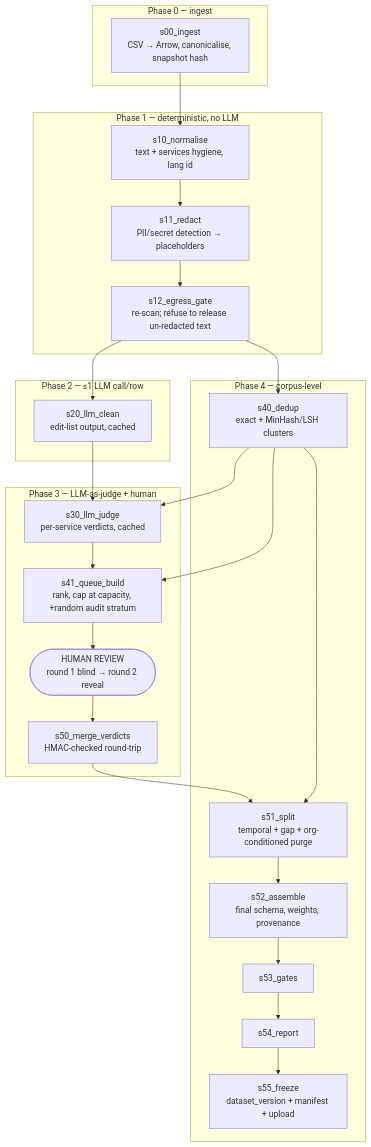
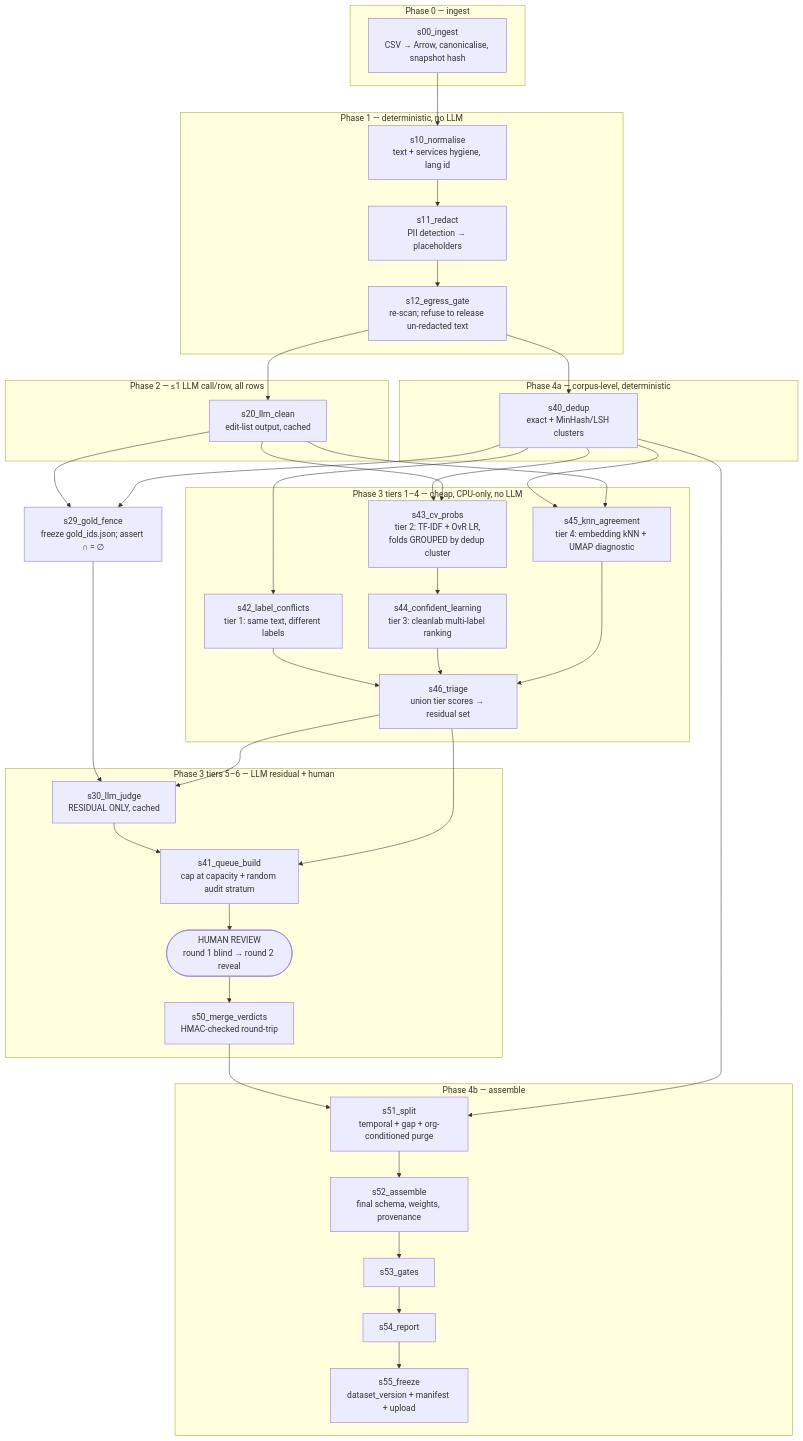
One commit to vovcyan/bert-poc changed the first of 2 diagrams in docs/specs/dataset-pipeline-architecture.md. Above: the diagram before and after it, drawn with Mermaid. The commit also changed other lines of this file, not shown here.

First line of the commit message:
Drop secret scanning and restructure phase 3 as a cheap-first cascade

````diff
--- a/docs/specs/dataset-pipeline-architecture.md
+++ b/docs/specs/dataset-pipeline-architecture.md
@@ -142,40 +178,61 @@
 ```mermaid
 flowchart TD
   subgraph P0["Phase 0 — ingest"]
     S00["s00_ingest<br/>CSV → Arrow, canonicalise, snapshot hash"]
   end
   subgraph P1["Phase 1 — deterministic, no LLM"]
     S10["s10_normalise<br/>text + services hygiene, lang id"]
-    S11["s11_redact<br/>PII/secret detection → placeholders"]
+    S11["s11_redact<br/>PII detection → placeholders"]
     S12["s12_egress_gate<br/>re-scan; refuse to release un-redacted text"]
   end
-  subgraph P2["Phase 2 — ≤1 LLM call/row"]
+  subgraph P2["Phase 2 — ≤1 LLM call/row, all rows"]
     S20["s20_llm_clean<br/>edit-list output, cached"]
   end
-  subgraph P3["Phase 3 — LLM-as-judge + human"]
-    S30["s30_llm_judge<br/>per-service verdicts, cached"]
-    S41["s41_queue_build<br/>rank, cap at capacity, +random audit stratum"]
+  subgraph P4A["Phase 4a — corpus-level, deterministic"]
+    S40["s40_dedup<br/>exact + MinHash/LSH clusters"]
+  end
+  subgraph P3C["Phase 3 tiers 1–4 — cheap, CPU-only, no LLM"]
+    S42["s42_label_conflicts<br/>tier 1: same text, different labels"]
+    S43["s43_cv_probs<br/>tier 2: TF-IDF + OvR LR,<br/>folds GROUPED by dedup cluster"]
+    S44["s44_confident_learning<br/>tier 3: cleanlab multi-label ranking"]
+    S45["s45_knn_agreement<br/>tier 4: embedding kNN + UMAP diagnostic"]
+    S46["s46_triage<br/>union tier scores → residual set"]
+  end
+  S29["s29_gold_fence<br/>freeze gold_ids.json; assert ∩ = ∅"]
+  subgraph P3L["Phase 3 tiers 5–6 — LLM residual + human"]
+    S30["s30_llm_judge<br/>RESIDUAL ONLY, cached"]
+    S41["s41_queue_build<br/>cap at capacity + random audit stratum"]
     HUM(["HUMAN REVIEW<br/>round 1 blind → round 2 reveal"])
     S50["s50_merge_verdicts<br/>HMAC-checked round-trip"]
   end
-  subgraph P4["Phase 4 — corpus-level"]
-    S40["s40_dedup<br/>exact + MinHash/LSH clusters"]
+  subgraph P4B["Phase 4b — assemble"]
     S51["s51_split<br/>temporal + gap + org-conditioned purge"]
     S52["s52_assemble<br/>final schema, weights, provenance"]
     S53["s53_gates"]
     S54["s54_report"]
     S55["s55_freeze<br/>dataset_version + manifest + upload"]
   end
 
   S00 --> S10 --> S11 --> S12
   S12 --> S20
   S12 --> S40
-  S20 --> S30
-  S40 --> S30
+  S40 --> S42
+  S40 --> S43
+  S20 --> S43
+  S43 --> S44
+  S40 --> S45
+  S20 --> S45
+  S42 --> S46
+  S44 --> S46
+  S45 --> S46
+  S20 --> S29
+  S40 --> S29
+  S29 --> S30
+  S46 --> S30
   S30 --> S41
-  S40 --> S41
+  S46 --> S41
   S41 --> HUM --> S50
   S50 --> S51
   S40 --> S51
   S51 --> S52 --> S53 --> S54 --> S55
 ```
````
